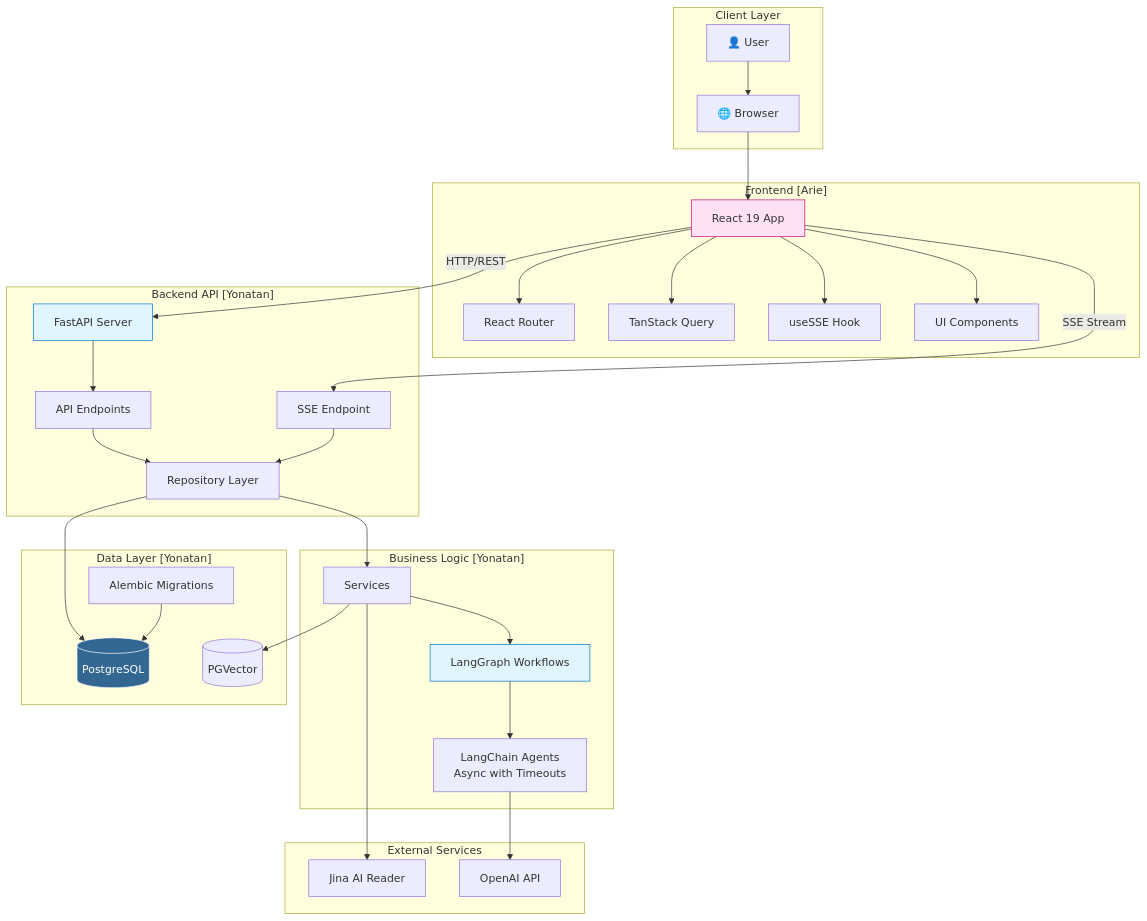
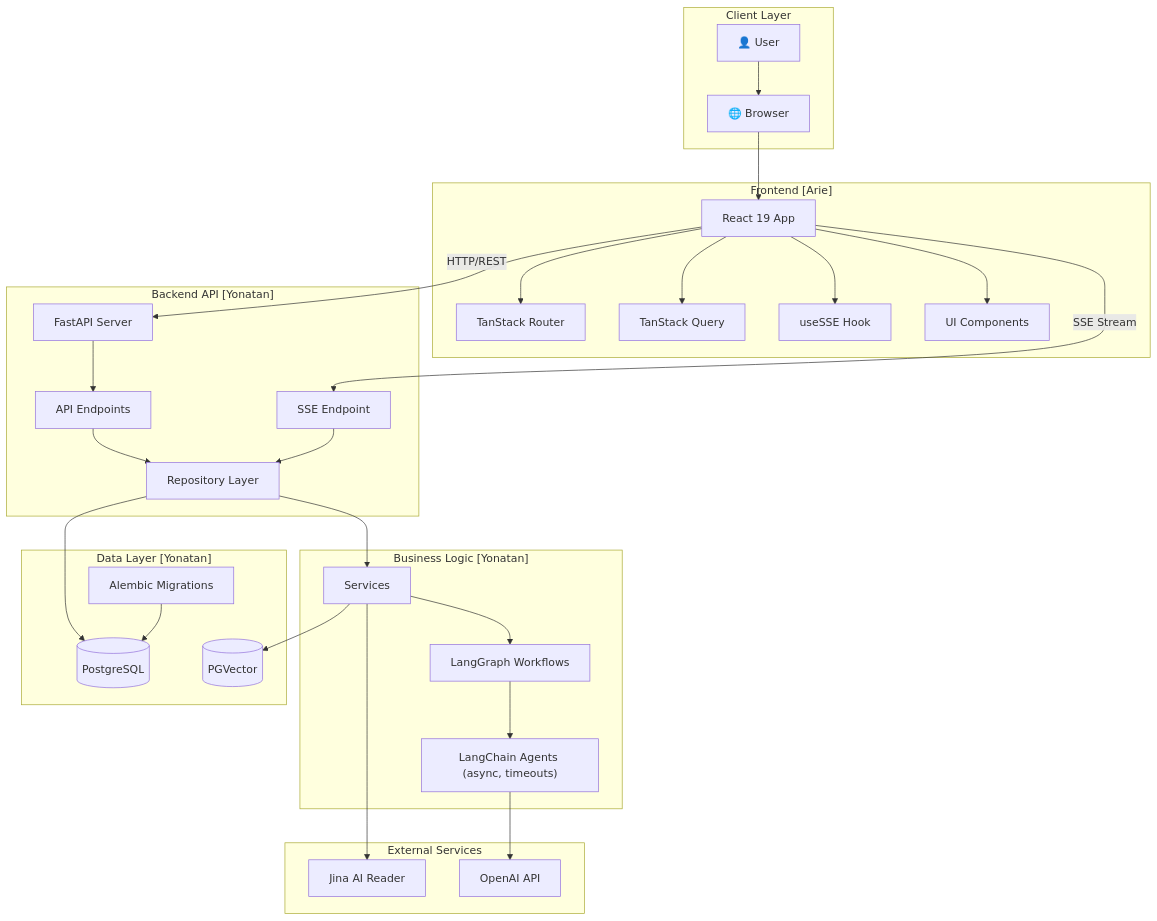
Before and after one commit to ArieGoldkin/SkillForge: the second of 11 diagrams in docs/ARCHITECTURE.md, drawn with Mermaid. The commit also changed other lines of this file and 31 other files, not shown here.

First line of the commit message:
docs: refresh docs + diagrams, align ports/versions

````diff
--- a/docs/ARCHITECTURE.md
+++ b/docs/ARCHITECTURE.md
@@ -131,68 +128,64 @@
 ```mermaid
 graph TB
     subgraph "Client Layer"
         User[👤 User]
         Browser[🌐 Browser]
         User --> Browser
     end
     
     subgraph "Frontend [Arie]"
         React[React 19 App]
-        Router[React Router]
+        Router[TanStack Router]
         Query[TanStack Query]
         SSE[useSSE Hook]
         Components[UI Components]
         
         Browser --> React
         React --> Router
         React --> Query
         React --> SSE
         React --> Components
     end
     
     subgraph "Backend API [Yonatan]"
         FastAPI[FastAPI Server]
         Endpoints[API Endpoints]
         SSEEndpoint[SSE Endpoint]
         Repos[Repository Layer]
         
         React -->|HTTP/REST| FastAPI
         React -->|SSE Stream| SSEEndpoint
         FastAPI --> Endpoints
         Endpoints --> Repos
         SSEEndpoint --> Repos
     end
     
     subgraph "Business Logic [Yonatan]"
         Services[Services]
         Workflows[LangGraph Workflows]
-        Agents[LangChain Agents<br/>Async with Timeouts]
+        Agents["LangChain Agents (async, timeouts)"]
         
         Repos --> Services
         Services --> Workflows
         Workflows --> Agents
     end
     
     subgraph "Data Layer [Yonatan]"
         PostgreSQL[(PostgreSQL)]
         PGVector[(PGVector)]
         Alembic[Alembic Migrations]
         
         Repos --> PostgreSQL
         Services --> PGVector
         Alembic --> PostgreSQL
     end
     
     subgraph "External Services"
         JinaAI[Jina AI Reader]
         OpenAI[OpenAI API]
         
         Services --> JinaAI
         Agents --> OpenAI
     end
     
-    style React fill:#ffe1f5,stroke:#cc0077
-    style FastAPI fill:#e1f5ff,stroke:#0077cc
-    style PostgreSQL fill:#336791,stroke:#fff,color:#fff
-    style Workflows fill:#e1f5ff,stroke:#0077cc
 ```
````
